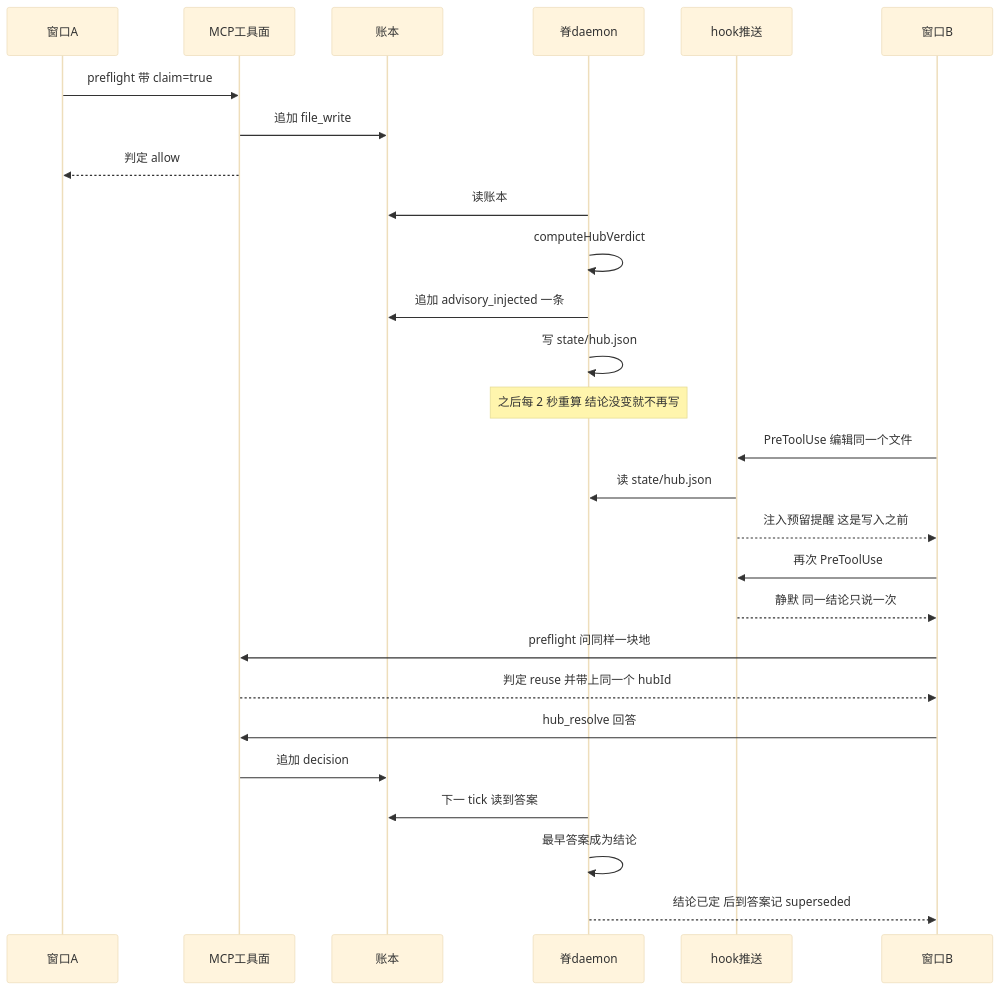
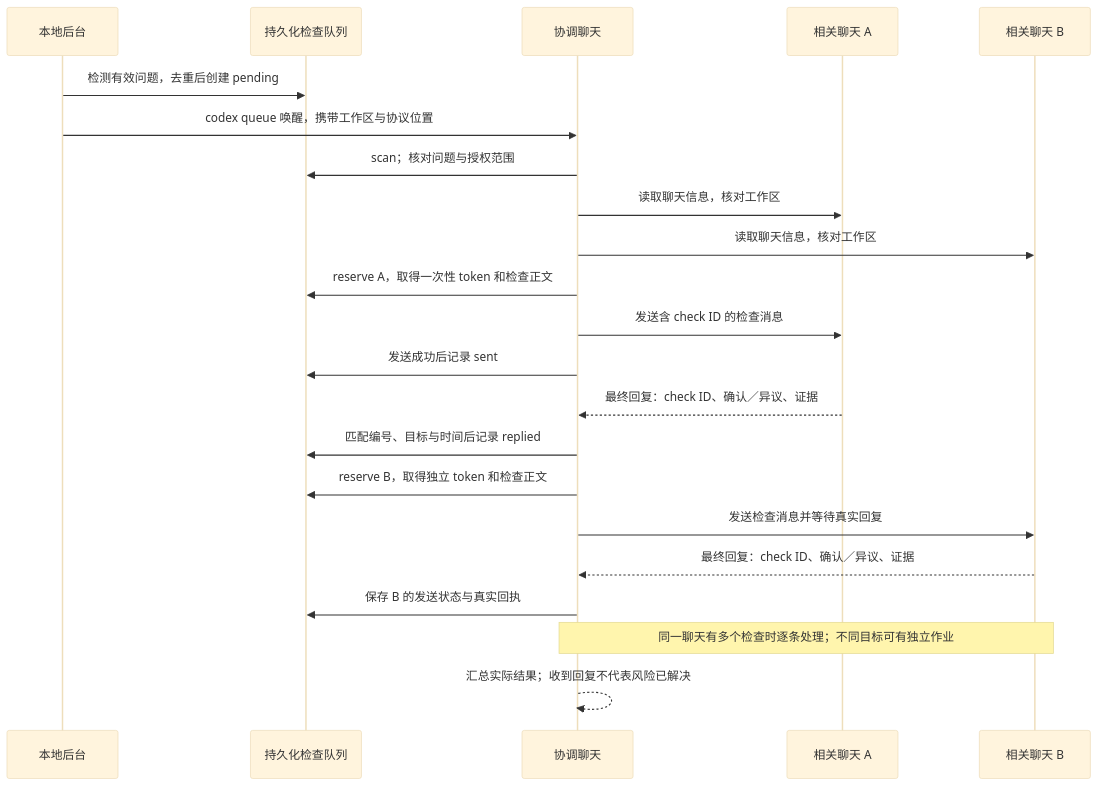
One commit to yiweiqin/agentgit changed the second of 2 diagrams in docs/ARCHITECTURE.zh-cn.md. Above: the diagram before and after it, drawn with Mermaid (base theme). The commit also changed other lines of this file and 25 other files, not shown here.

````diff
--- a/docs/ARCHITECTURE.zh-cn.md
+++ b/docs/ARCHITECTURE.zh-cn.md
@@ -431,30 +162,24 @@
 ```mermaid
 sequenceDiagram
-  participant A as 窗口A
-  participant M as MCP工具面
-  participant L as 账本
-  participant S as 脊daemon
-  participant H as hook推送
-  participant B as 窗口B
-
-  A->>M: preflight 带 claim=true
-  M->>L: 追加 file_write
-  M-->>A: 判定 allow
-  S->>L: 读账本
-  S->>S: computeHubVerdict
-  S->>L: 追加 advisory_injected 一条
-  S->>S: 写 state/hub.json
-  Note over S: 之后每 2 秒重算 结论没变就不再写
-  B->>H: PreToolUse 编辑同一个文件
-  H->>S: 读 state/hub.json
-  H-->>B: 注入预留提醒 这是写入之前
-  B->>H: 再次 PreToolUse
-  H-->>B: 静默 同一结论只说一次
-  B->>M: preflight 问同样一块地
-  M-->>B: 判定 reuse 并带上同一个 hubId
-  B->>M: hub_resolve 回答
-  M->>L: 追加 decision
-  S->>L: 下一 tick 读到答案
-  S->>S: 最早答案成为结论
-  S-->>B: 结论已定 后到答案记 superseded
+  participant D as 本地后台
+  participant Q as 持久化检查队列
+  participant C as 协调聊天
+  participant A as 相关聊天 A
+  participant B as 相关聊天 B
+  D->>Q: 检测有效问题，去重后创建 pending
+  D->>C: codex queue 唤醒，携带工作区与协议位置
+  C->>Q: scan；核对问题与授权范围
+  C->>A: 读取聊天信息，核对工作区
+  C->>B: 读取聊天信息，核对工作区
+  C->>Q: reserve A，取得一次性 token 和检查正文
+  C->>A: 发送含 check ID 的检查消息
+  C->>Q: 发送成功后记录 sent
+  A-->>C: 最终回复：check ID、确认／异议、证据
+  C->>Q: 匹配编号、目标与时间后记录 replied
+  C->>Q: reserve B，取得独立 token 和检查正文
+  C->>B: 发送检查消息并等待真实回复
+  B-->>C: 最终回复：check ID、确认／异议、证据
+  C->>Q: 保存 B 的发送状态与真实回执
+  Note over C,B: 同一聊天有多个检查时逐条处理；不同目标可有独立作业
+  C-->>C: 汇总实际结果；收到回复不代表风险已解决
 ```
````
